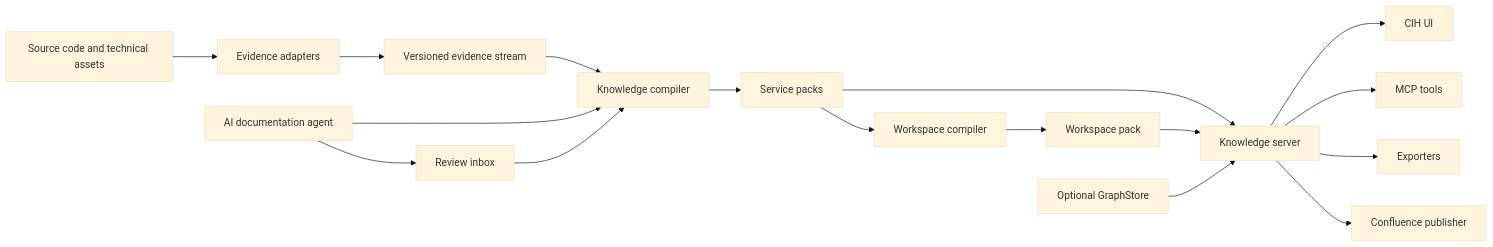
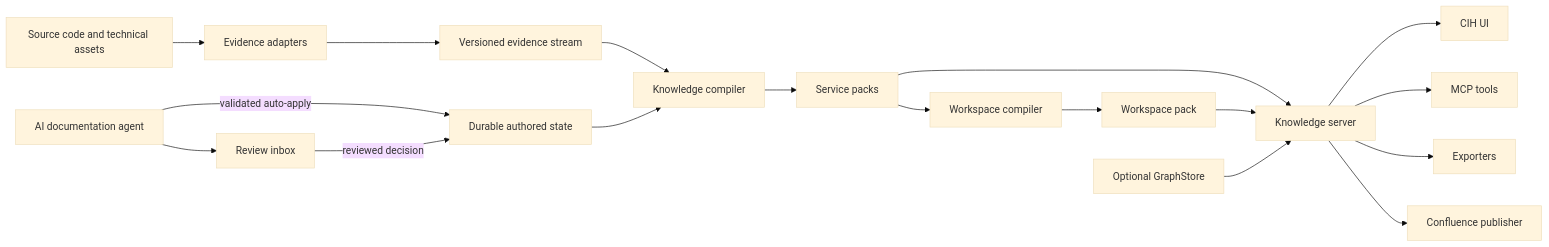
Before and after one commit to phuchoang92/yummy-cih: the diagram in docs/plans/universal-knowledge-document-system.md, drawn with Mermaid (base theme). The commit also changed other lines of this file and 38 other files, not shown here.

````diff
--- a/docs/plans/universal-knowledge-document-system.md
+++ b/docs/plans/universal-knowledge-document-system.md
@@ -223,19 +228,20 @@
 ```mermaid
 flowchart LR
     A["Source code and technical assets"] --> B["Evidence adapters"]
     B --> C["Versioned evidence stream"]
     C --> D["Knowledge compiler"]
     D --> E["Service packs"]
     E --> F["Workspace compiler"]
     F --> G["Workspace pack"]
     E --> H["Knowledge server"]
     G --> H
     H --> I["CIH UI"]
     H --> J["MCP tools"]
     H --> K["Exporters"]
     H --> L["Confluence publisher"]
-    M["AI documentation agent"] --> D
+    M["AI documentation agent"] -->|"validated auto-apply"| P["Durable authored state"]
     M --> N["Review inbox"]
-    N --> D
+    N -->|"reviewed decision"| P
+    P --> D
     O["Optional GraphStore"] --> H
 ```
````
